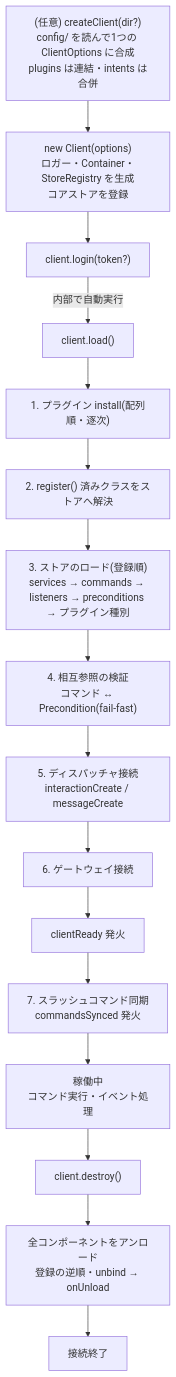
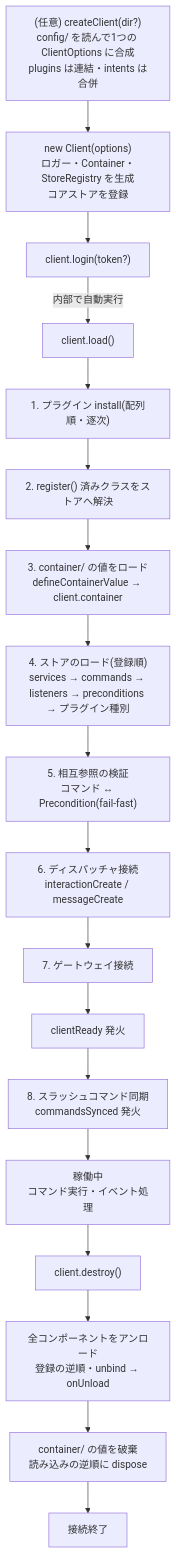
Before and after one commit to CHACCHAN/cc-discord-framework: the first of 2 diagrams in docs/architecture/lifecycle.md, drawn with Mermaid. The commit also changed other lines of this file and 300 other files, not shown here.

````diff
--- a/docs/architecture/lifecycle.md
+++ b/docs/architecture/lifecycle.md
@@ -12,26 +12,28 @@
 ```mermaid
 flowchart TD
     config["(任意) createClient(dir?)<br>config/ を読んで1つの ClientOptions に合成<br>plugins は連結・intents は合併"]
     construct["new Client(options)<br>ロガー・Container・StoreRegistry を生成<br>コアストアを登録"]
     login["client.login(token?)"]
     load["client.load()"]
     plugins["1. プラグイン install(配列順・逐次)"]
     pending["2. register() 済みクラスをストアへ解決"]
-    loadAll["3. ストアのロード(登録順)<br>services → commands → listeners → preconditions → プラグイン種別"]
-    validate["4. 相互参照の検証<br>コマンド ↔ Precondition(fail-fast)"]
-    wire["5. ディスパッチャ接続<br>interactionCreate / messageCreate"]
-    gateway["6. ゲートウェイ接続"]
+    containerValues["3. container/ の値をロード<br>defineContainerValue → client.container"]
+    loadAll["4. ストアのロード(登録順)<br>services → commands → listeners → preconditions → プラグイン種別"]
+    validate["5. 相互参照の検証<br>コマンド ↔ Precondition(fail-fast)"]
+    wire["6. ディスパッチャ接続<br>interactionCreate / messageCreate"]
+    gateway["7. ゲートウェイ接続"]
     ready["clientReady 発火"]
-    sync["7. スラッシュコマンド同期<br>commandsSynced 発火"]
+    sync["8. スラッシュコマンド同期<br>commandsSynced 発火"]
     running["稼働中<br>コマンド実行・イベント処理"]
     destroy["client.destroy()"]
     unload["全コンポーネントをアンロード<br>登録の逆順・unbind → onUnload"]
+    dispose["container/ の値を破棄<br>読み込みの逆順に dispose"]
     closed["接続終了"]
 
     config --> construct
     construct --> login
     login -->|内部で自動実行| load
-    load --> plugins --> pending --> loadAll --> validate --> wire
+    load --> plugins --> pending --> containerValues --> loadAll --> validate --> wire
     wire --> gateway --> ready --> sync --> running
-    running --> destroy --> unload --> closed
+    running --> destroy --> unload --> dispose --> closed
 ```
````
